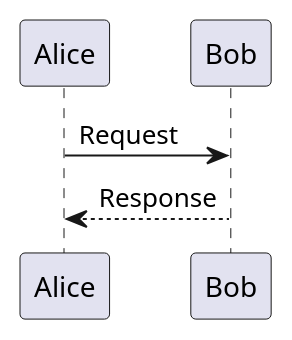
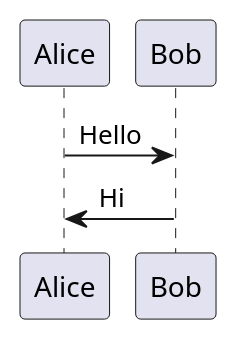
Before and after one commit to majiayu000/claude-skill-registry-data: the diagram in data/plantuml/SKILL.md, drawn with PlantUML. The commit also changed other lines of this file and 250396 other files, not shown here.

````diff
--- a/data/plantuml/SKILL.md
+++ b/data/plantuml/SKILL.md
@@ -135,7 +134,6 @@
-```puml
-' Sequence: references/sequence_diagrams.md
-@startuml
-Alice -> Bob: Request
-Bob --> Alice: Response
-@enduml
-```
+   ```plantuml
+   @startuml
+   Alice -> Bob: Hello
+   Bob -> Alice: Hi
+   @enduml
+   ```
````
